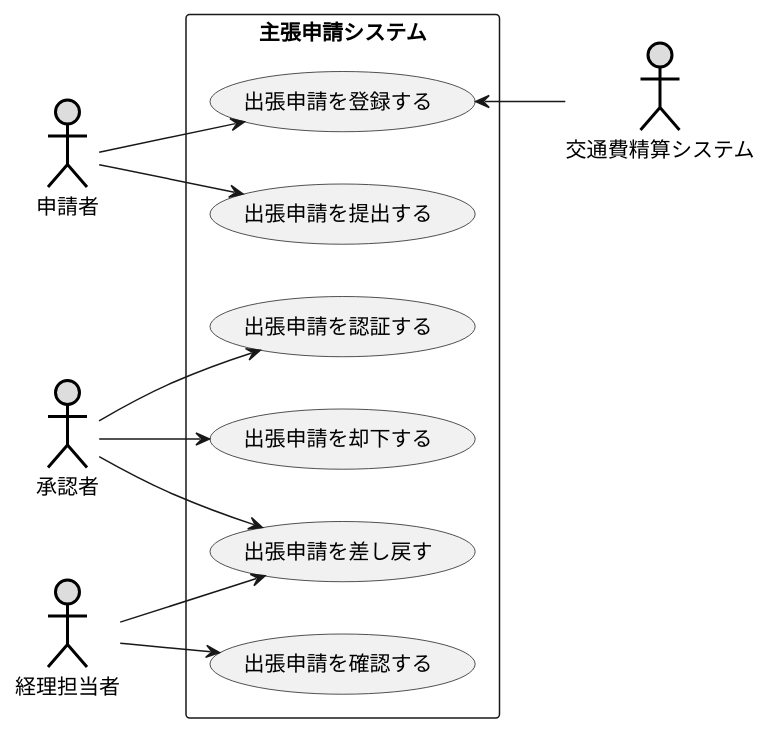
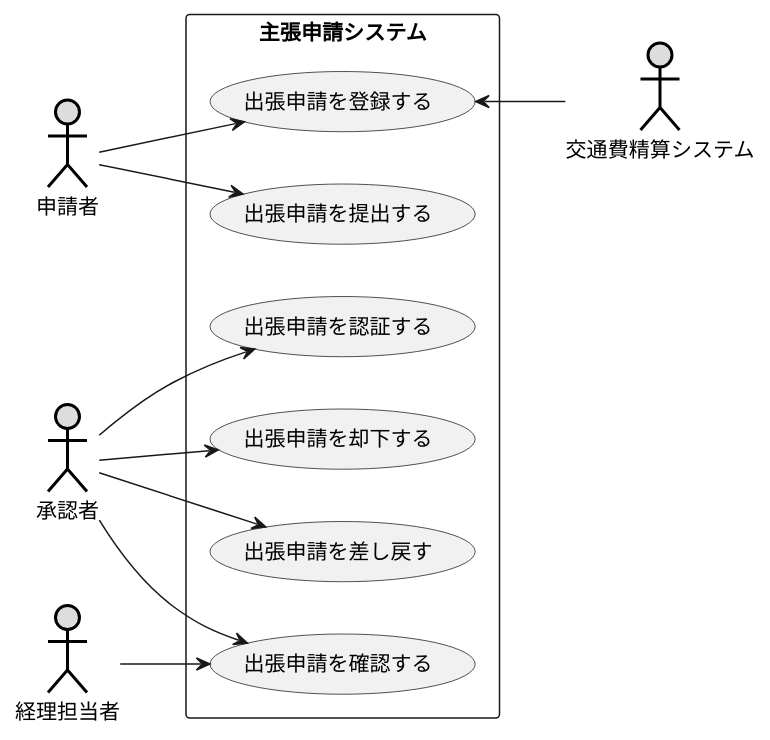
Before and after one commit to allface017/uml-introduction: the diagram in 演習2-1_UM_出張管理システム.pu, drawn with PlantUML.

Commit message:
演習2

```diff
--- a/演習2-1_UM_出張管理システム.pu
+++ b/演習2-1_UM_出張管理システム.pu
@@ -1,25 +1,25 @@
 @startuml 例題3
 left to right direction
 actor 申請者 as user #DDDDDD;line:black;line.bold;
 actor 承認者 as admin #DDDDDD;line:black;line.bold;
 actor 経理担当者 as par #DDDDDD;line:black;line.bold;
 actor 交通費精算システム as sisu #DDDDDD;line:black;line.bold;
 
 rectangle 主張申請システム {
 usecase 出張申請を登録する as A
 usecase 出張申請を提出する as B
 usecase 出張申請を認証する as C
 usecase 出張申請を却下する as D
 usecase 出張申請を差し戻す as E
 usecase 出張申請を確認する as F
 }
 
 user --> A
 user --> B
 admin --> C
 admin --> D
 admin --> E
-par --> E
+admin --> F
 par --> F 
 A <-- sisu
 @enduml
```
